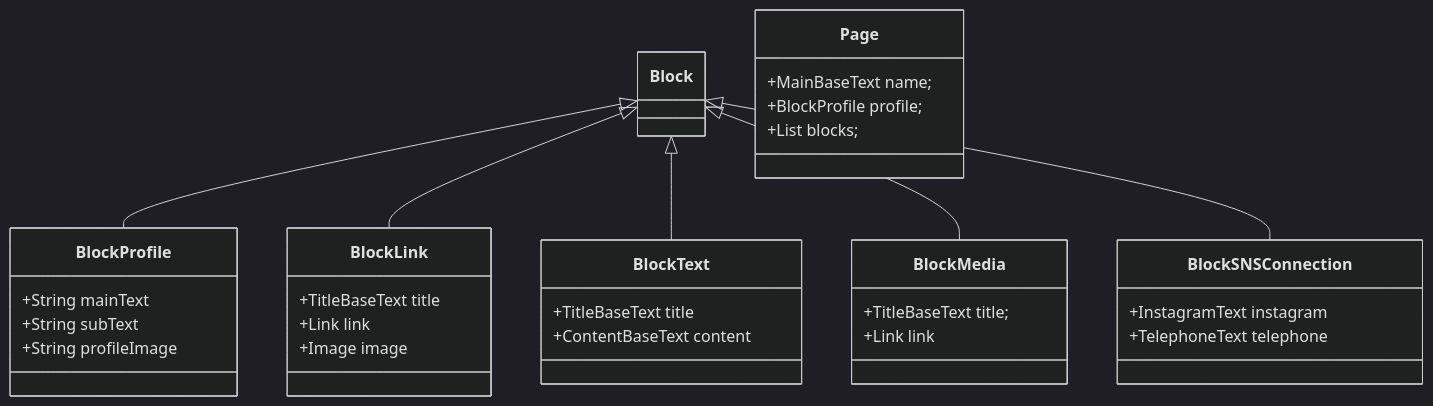
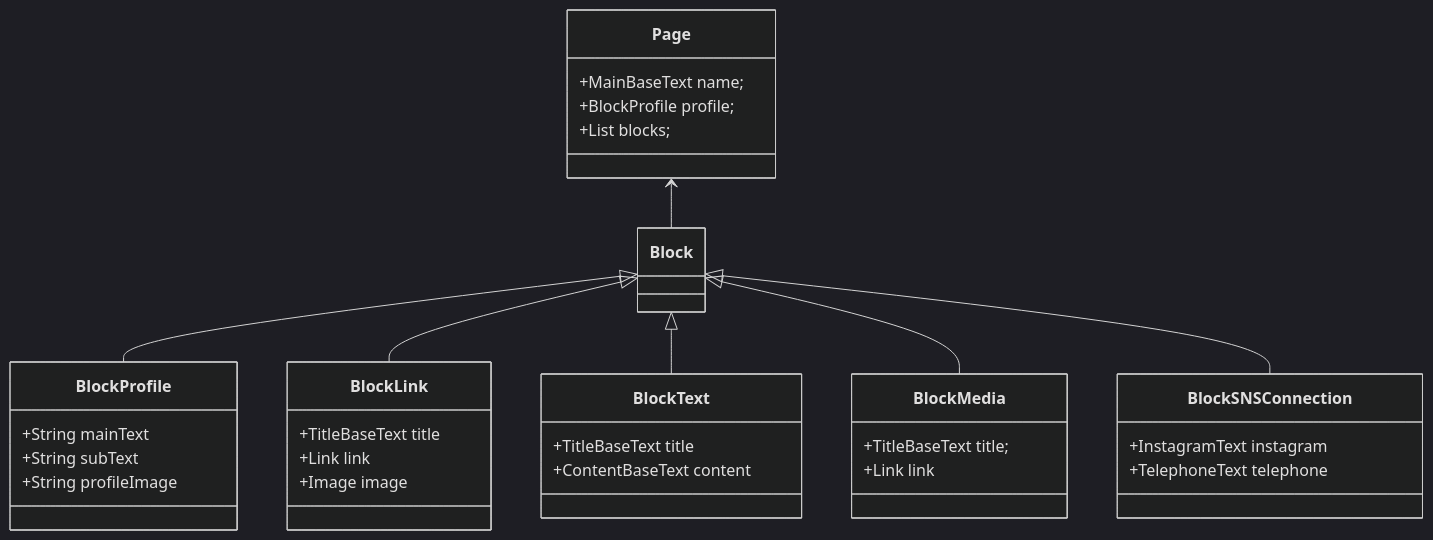
One commit to kor-Chipmunk/ProfileLinkService changed the second of 2 diagrams in blog-api/README.md. Above: the diagram before and after it, drawn with Mermaid (dark theme). The commit also changed other lines of this file, not shown here.

Commit message:
docs: 아키텍처와 클래스 다이어그램을 수정

````diff
--- a/blog-api/README.md
+++ b/blog-api/README.md
@@ -38,44 +38,46 @@
 ```mermaid
 classDiagram
     Block <|-- BlockProfile
     Block <|-- BlockLink
     Block <|-- BlockText
     Block <|-- BlockMedia
     Block <|-- BlockSNSConnection
+
+    Page <-- Block
     
     class Page {
         +MainBaseText name;
         +BlockProfile profile;
         +List<Block> blocks;
     }
 
     class Block {
     }
     
     class BlockProfile {
         +String mainText
         +String subText
         +String profileImage
     }
     
     class BlockLink {
         +TitleBaseText title
         +Link link
         +Image image
     }
     
     class BlockText {
         +TitleBaseText title
         +ContentBaseText content
     }
     
     class BlockMedia {
         +TitleBaseText title;
         +Link link
     }
     
     class BlockSNSConnection {
         +InstagramText instagram
         +TelephoneText telephone
     }
 ```
````
